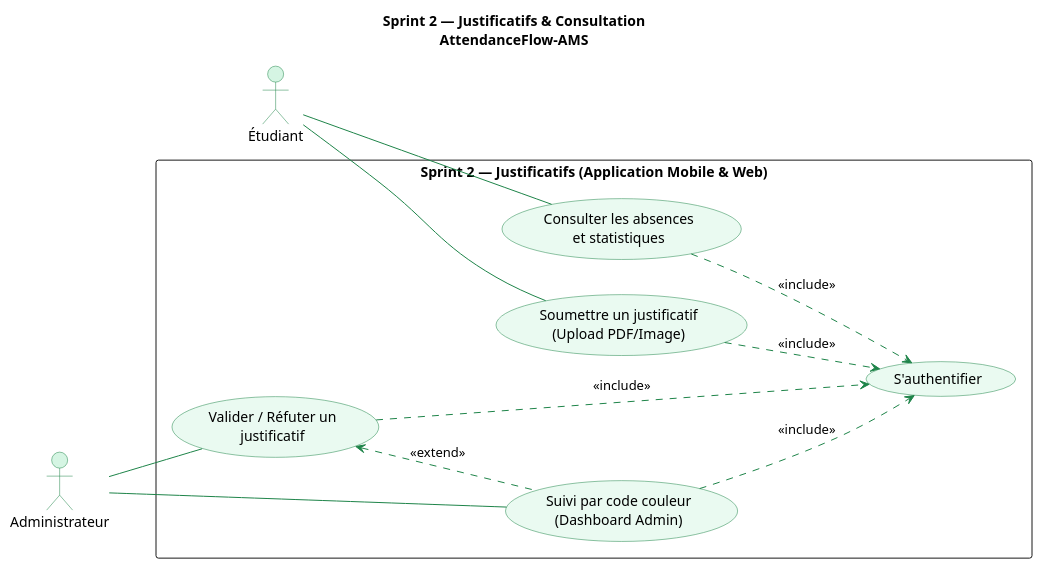
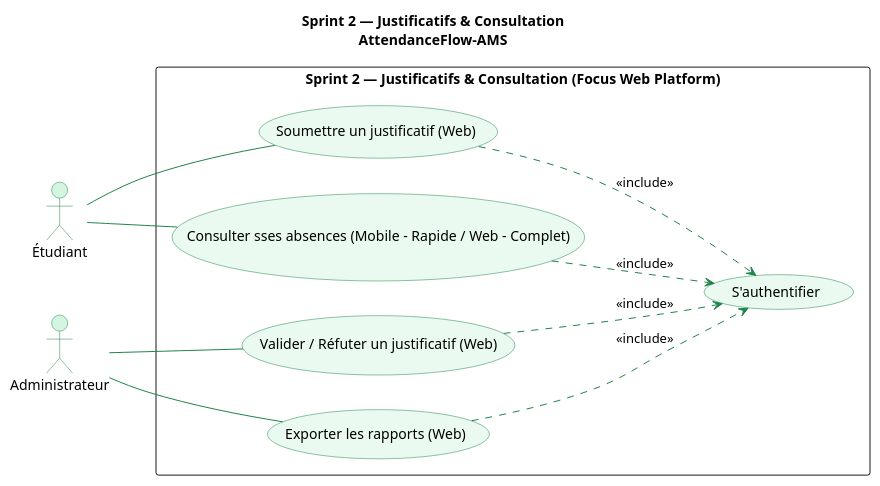
The diagram in Analyse/cas_utilisation/cas_utilisation_sprints/sprint2.puml (abdelhaymallouli/AttendanceFlow-AMS), drawn with PlantUML before and after one commit. The commit also changed 2 other files, not shown here.

Commit message:
feat: Add initial PlantUML use case diagrams for AttendanceFlow-AMS, covering sprint 1, sprint 2, and a general overview.

```diff
--- a/Analyse/cas_utilisation/cas_utilisation_sprints/sprint2.puml
+++ b/Analyse/cas_utilisation/cas_utilisation_sprints/sprint2.puml
@@ -1,40 +1,39 @@
 @startuml sprint2
 title Sprint 2 — Justificatifs & Consultation\nAttendanceFlow-AMS
 
 left to right direction
 
 skinparam usecase {
   BackgroundColor #EAFAF1
   BorderColor #1E8449
   ArrowColor #1E8449
 }
 skinparam actor {
   BorderColor #1E8449
   BackgroundColor #D5F5E3
 }
 
 actor "Étudiant" as Student
 actor "Administrateur" as Admin
 
-rectangle "Sprint 2 — Justificatifs (Application Mobile & Web)" {
+rectangle "Sprint 2 — Justificatifs & Consultation (Focus Web Platform)" {
   usecase "S'authentifier" as UC01
-  usecase "Soumettre un justificatif\n(Upload PDF/Image)" as UC04
-  usecase "Consulter les absences\net statistiques" as UC05
-  usecase "Valider / Réfuter un\njustificatif" as UC06
-  usecase "Suivi par code couleur\n(Dashboard Admin)" as UC07
-
+  usecase "Soumettre un justificatif (Web)" as UC04
+  usecase "Valider / Réfuter un justificatif (Web)" as UC06
+  usecase "Exporter les rapports (Web)" as UC07
+  
+  usecase "Consulter sses absences (Mobile - Rapide / Web - Complet)" as UC05
+  
   UC04 ..> UC01 : <<include>>
   UC05 ..> UC01 : <<include>>
   UC06 ..> UC01 : <<include>>
   UC07 ..> UC01 : <<include>>
-  
-  UC06 <.. UC07 : <<extend>>
 }
 
 Student -- UC04
 Student -- UC05
 
 Admin -- UC06
 Admin -- UC07
 
 @enduml
```
